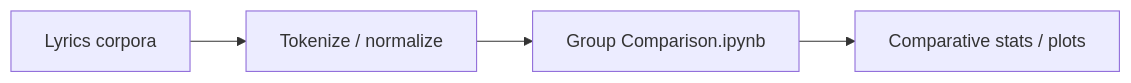
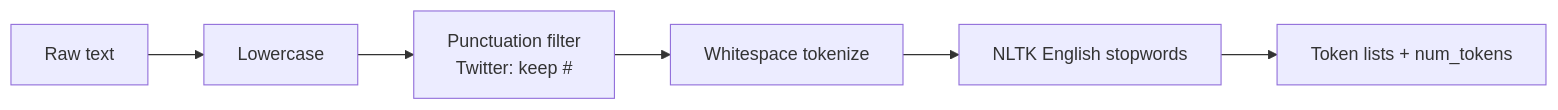
One commit to ArchanaChetan07/Lyrics-Tokenization-Analysis changed the seventh of 10 diagrams in README.md. Above: the diagram before and after it, drawn with Mermaid. The commit also changed other lines of this file, not shown here.

Commit message:
docs: FAANG-ready README with NLP metrics, diagrams, and ATS keywords

````diff
--- a/README.md
+++ b/README.md
@@ -28,6 +152,8 @@
 ```mermaid
 flowchart LR
-  L[Lyrics corpora] --> T[Tokenize / normalize]
-  T --> C[Group Comparison.ipynb]
-  C --> V[Comparative stats / plots]
+  A[Raw text] --> B[Lowercase]
+  B --> C[Punctuation filter<br/>Twitter: keep #]
+  C --> D[Whitespace tokenize]
+  D --> E[NLTK English stopwords]
+  E --> F[Token lists + num_tokens]
 ```
````
